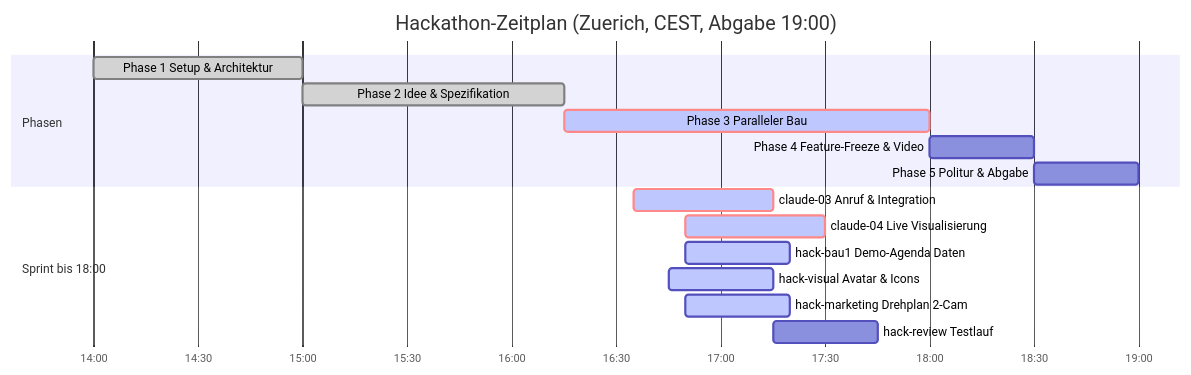
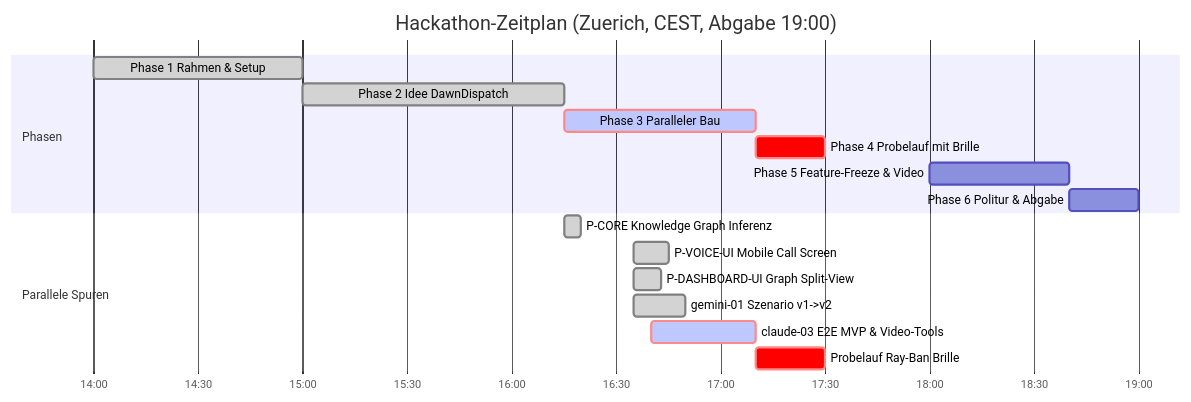
Before and after one commit to Philipp2agent/agentic-hack-google: the diagram in STAND.md, drawn with Mermaid. The commit also changed other lines of this file, not shown here.

Commit message:
docs(stand): gemini-01 (v1->v2 Daten) gemerged - alle 3 Bauer-Teile auf main

````diff
--- a/STAND.md
+++ b/STAND.md
@@ -21,19 +24,20 @@
 ```mermaid
 gantt
   title Hackathon-Zeitplan (Zuerich, CEST, Abgabe 19:00)
   dateFormat HH:mm
   axisFormat %H:%M
   section Phasen
-  Phase 1 Setup & Architektur    :done, p1, 14:00, 15:00
-  Phase 2 Idee & Spezifikation   :done, p2, 15:00, 16:15
-  Phase 3 Paralleler Bau         :crit, active, p3, 16:15, 18:00
-  Phase 4 Feature-Freeze & Video :p4, 18:00, 18:30
-  Phase 5 Politur & Abgabe       :p5, 18:30, 19:00
-  section Sprint bis 18:00
-  claude-03 Anruf & Integration  :crit, active, p_cl3, 16:35, 17:15
-  claude-04 Live Visualisierung  :crit, active, p_cl4, 16:50, 17:30
-  hack-bau1 Demo-Agenda Daten    :active, p_ag, 16:50, 17:20
-  hack-visual Avatar & Icons     :active, p_vis, 16:45, 17:15
-  hack-marketing Drehplan 2-Cam  :active, p_mkt, 16:50, 17:20
-  hack-review Testlauf           :p_rev, 17:15, 17:45
+  Phase 1 Rahmen & Setup         :done, p1, 14:00, 15:00
+  Phase 2 Idee DawnDispatch      :done, p2, 15:00, 16:15
+  Phase 3 Paralleler Bau         :crit, active, p3, 16:15, 17:10
+  Phase 4 Probelauf mit Brille   :crit, p4, 17:10, 17:30
+  Phase 5 Feature-Freeze & Video :p5, 18:00, 18:40
+  Phase 6 Politur & Abgabe       :p6, 18:40, 19:00
+  section Parallele Spuren
+  P-CORE Knowledge Graph Inferenz   :done, p_core, 16:15, 16:20
+  P-VOICE-UI Mobile Call Screen     :done, p_vui, 16:35, 16:45
+  P-DASHBOARD-UI Graph Split-View   :done, p_dui, 16:35, 16:43
+  gemini-01 Szenario v1->v2         :done, p_gem1, 16:35, 16:50
+  claude-03 E2E MVP & Video-Tools   :crit, active, p_cl3, 16:40, 17:10
+  Probelauf Ray-Ban Brille          :crit, p_probe, 17:10, 17:30
 ```
````
